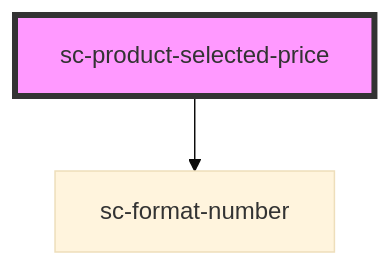
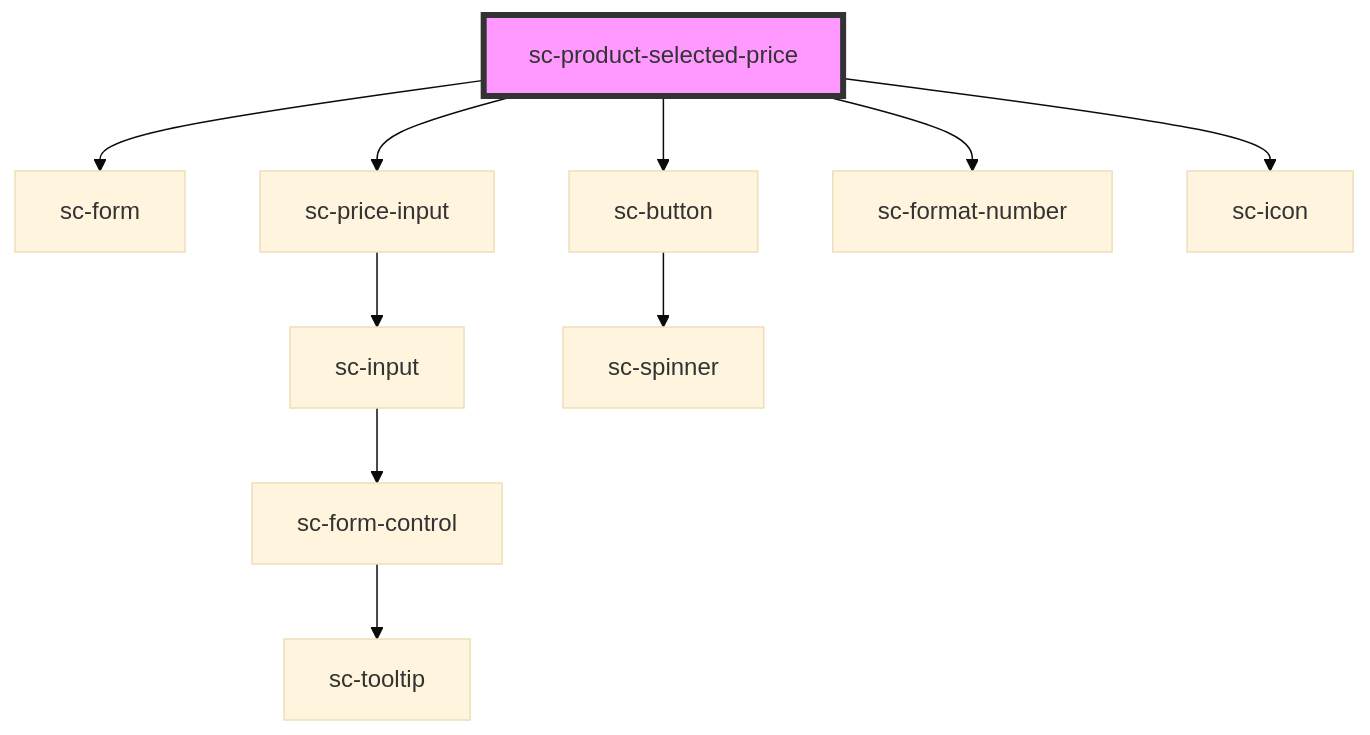
One commit to surecart/surecart-wp-plugin changed the diagram in packages/components/src/components/controllers/checkout-form/sc-product-selected-price/readme.md. Above: the diagram before and after it, drawn with Mermaid (base theme). The commit also changed other lines of this file and 12 other files, not shown here.

````diff
--- a/packages/components/src/components/controllers/checkout-form/sc-product-selected-price/readme.md
+++ b/packages/components/src/components/controllers/checkout-form/sc-product-selected-price/readme.md
@@ -29,5 +40,13 @@
 ```mermaid
 graph TD;
+  sc-product-selected-price --> sc-form
+  sc-product-selected-price --> sc-price-input
+  sc-product-selected-price --> sc-button
   sc-product-selected-price --> sc-format-number
+  sc-product-selected-price --> sc-icon
+  sc-price-input --> sc-input
+  sc-input --> sc-form-control
+  sc-form-control --> sc-tooltip
+  sc-button --> sc-spinner
   style sc-product-selected-price fill:#f9f,stroke:#333,stroke-width:4px
 ```
````
